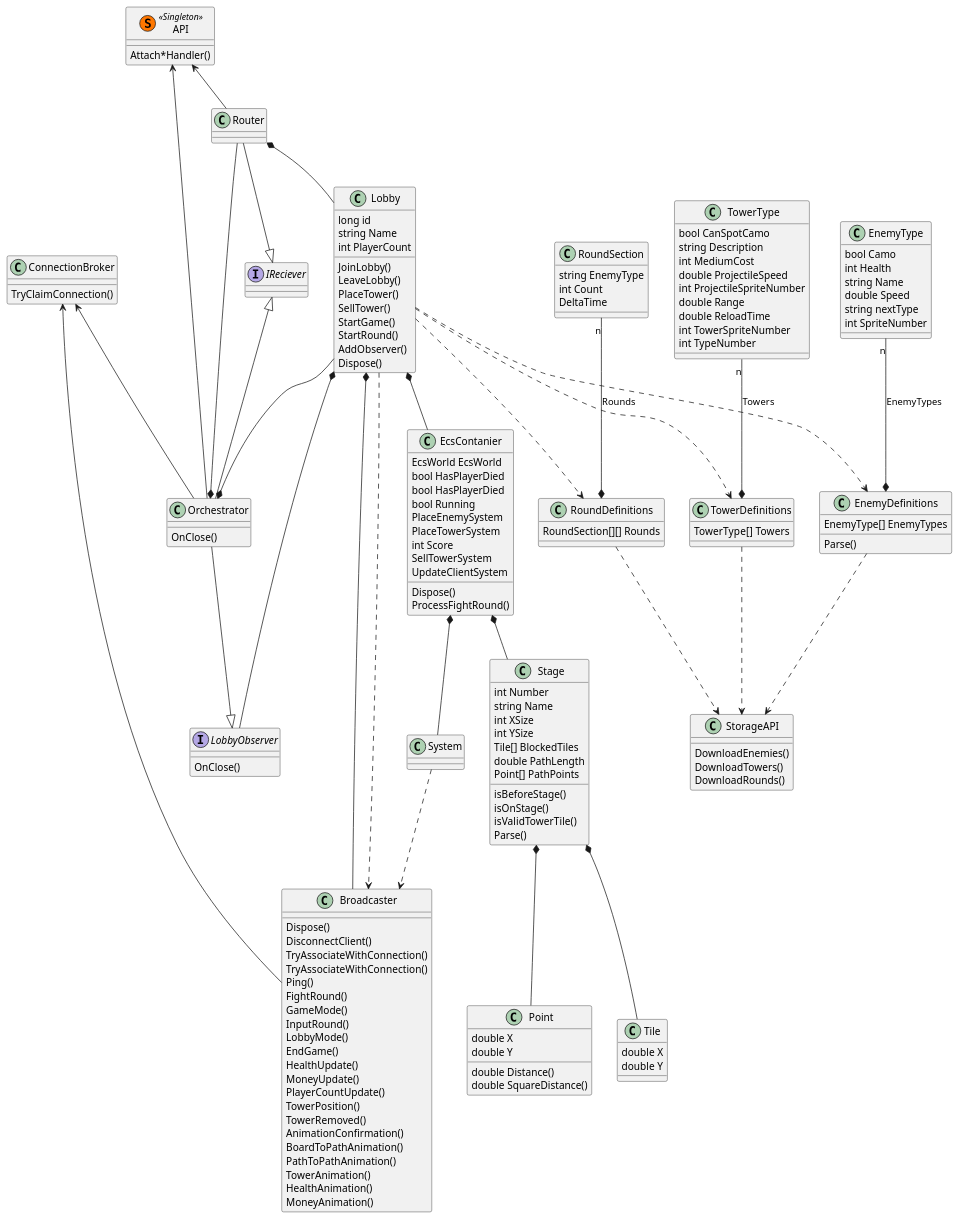
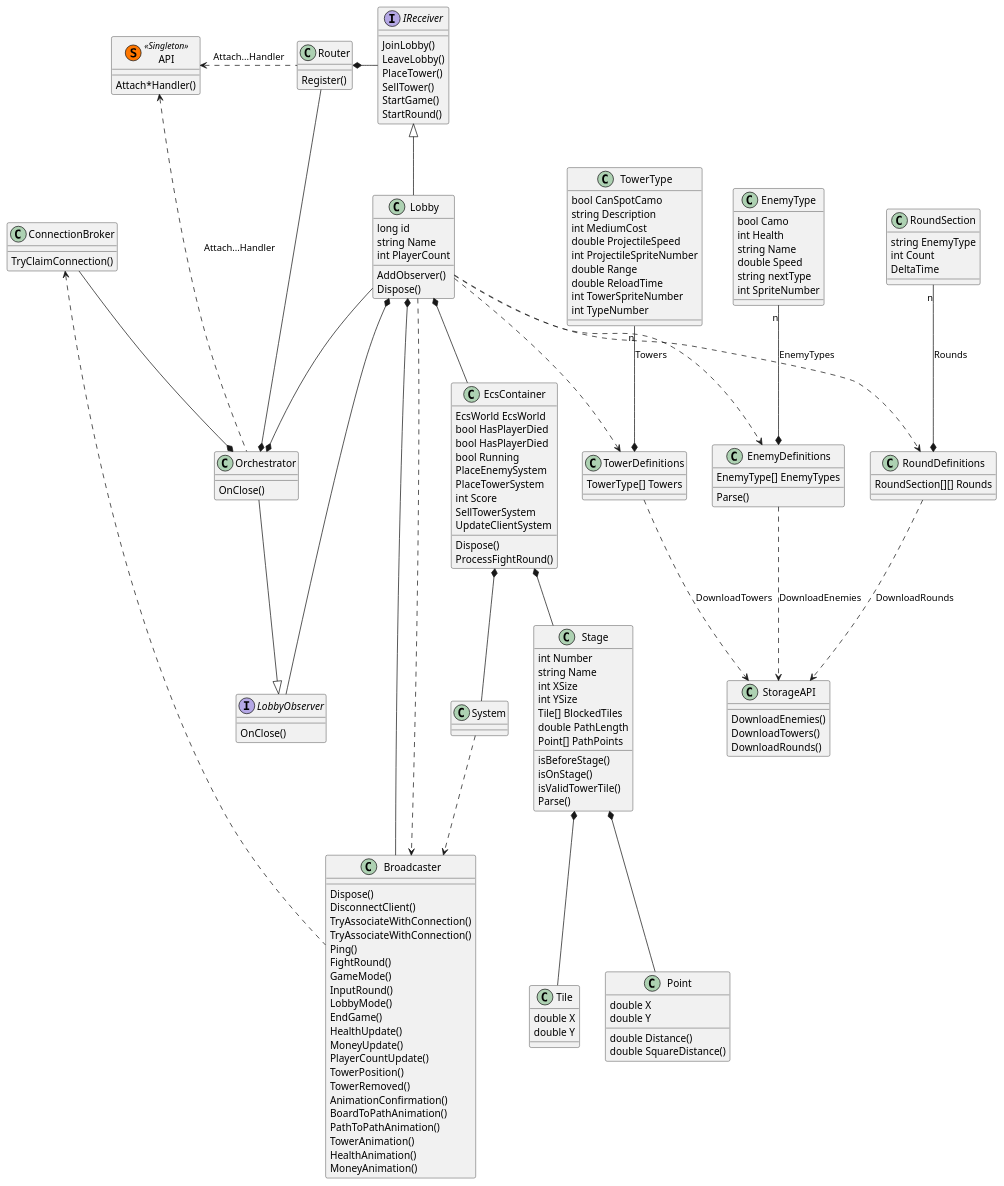
One commit to SWA-group-1/PlantUML changed the diagram in Logical/Backend/Backend.puml. Above: the diagram before and after it, drawn with PlantUML. The commit also changed 1 other file, not shown here.

Commit message:
update backend class diagram

```diff
--- a/Logical/Backend/Backend.puml
+++ b/Logical/Backend/Backend.puml
@@ -1,195 +1,196 @@
 @startuml
 'https://plantuml.com/class-diagram
 
 class API<< (S,#FF7700) Singleton >>{
 Attach*Handler()
 }
 
 class ConnectionBroker{
 TryClaimConnection()
 }
 
 class EnemyType {
 bool Camo
 int Health
 string Name
 double Speed
 string nextType
 int SpriteNumber
 }
 
 class RoundSection {
 string EnemyType
 int Count
 DeltaTime
 }
 
 class EnemyDefinitions{
 EnemyType[] EnemyTypes
 Parse()
 }
 
 class TowerType{
 bool CanSpotCamo
 string Description
 int MediumCost
 double ProjectileSpeed
 int ProjectileSpriteNumber
 double Range
 double ReloadTime
 int TowerSpriteNumber
 int TypeNumber
 }
 
 class RoundDefinitions {
 RoundSection[][] Rounds
 }
 
 class TowerDefinitions{
 TowerType[] Towers
 }
 
 class StorageAPI{
 DownloadEnemies()
 DownloadTowers()
 DownloadRounds()
 }
 
 class Router {
-
+Register()
 }
 
 class Orchestrator {
 OnClose()
 }
 
 interface LobbyObserver{
 OnClose()
 }
 
 class Lobby{
 long id
 string Name
 int PlayerCount
-JoinLobby()
-LeaveLobby()
-PlaceTower()
-SellTower()
-StartGame()
-StartRound()
 AddObserver()
 Dispose()
 }
 
-class EcsContanier{
+class EcsContainer{
 EcsWorld EcsWorld
 bool HasPlayerDied
 bool HasPlayerDied
 bool Running
 PlaceEnemySystem
 PlaceTowerSystem
 int Score
 SellTowerSystem
 UpdateClientSystem
 Dispose()
 ProcessFightRound()
 }
 
 class System{
 
 }
 
 class Stage{
 int Number
 string Name
 int XSize
 int YSize
 Tile[] BlockedTiles
 double PathLength
 Point[] PathPoints
 isBeforeStage()
 isOnStage()
 isValidTowerTile()
 Parse()
 }
 
 class Point{
 double X
 double Y
 double Distance()
 double SquareDistance()
 }
 
 class Tile{
 double X
 double Y
 }
 
 class Broadcaster{
 Dispose()
 DisconnectClient()
 TryAssociateWithConnection()
 TryAssociateWithConnection()
 Ping()
 FightRound()
 GameMode()
 InputRound()
 LobbyMode()
 EndGame()
 HealthUpdate()
 MoneyUpdate()
 PlayerCountUpdate()
 TowerPosition()
 TowerRemoved()
 AnimationConfirmation()
 BoardToPathAnimation()
 PathToPathAnimation()
 TowerAnimation()
 HealthAnimation()
 MoneyAnimation()
 }
 
-interface IReciever
+interface IReceiver{
+JoinLobby()
+LeaveLobby()
+PlaceTower()
+SellTower()
+StartGame()
+StartRound()
+}
 
-API <-- Router
-API <-- Orchestrator
+API <.. Orchestrator: Attach...Handler
+API <.right. Router : Attach...Handler
 
-ConnectionBroker <-- Broadcaster
-ConnectionBroker <-- Orchestrator
 
-IReciever <|-up- Router
-IReciever <|-- Orchestrator
+ConnectionBroker <.. Broadcaster
+ConnectionBroker --* Orchestrator
 
-Router *-- Lobby
+IReceiver <|-- Lobby
+
+Router *-right- IReceiver
 Router --* Orchestrator
 
-Lobby *-- EcsContanier
+Lobby *-- EcsContainer
 Lobby *-- Broadcaster
 Lobby --* Orchestrator
 
-EcsContanier *-- Stage
+EcsContainer *-- Stage
 
-EcsContanier *-- System
+EcsContainer *-- System
 
 EnemyType "n" --* EnemyDefinitions : "EnemyTypes"
 RoundSection "n" --* RoundDefinitions : "Rounds"
 TowerType "n" --* TowerDefinitions : "Towers"
 
 Lobby ..> TowerDefinitions
 Lobby ..> RoundDefinitions
 Lobby ..> EnemyDefinitions
 
 Lobby ..> Broadcaster
 System ..> Broadcaster
 
-StorageAPI <.up. TowerDefinitions
-StorageAPI <.up. RoundDefinitions
-StorageAPI <.up. EnemyDefinitions
+StorageAPI <.up. TowerDefinitions : DownloadTowers
+StorageAPI <.up. RoundDefinitions : DownloadRounds
+StorageAPI <.up. EnemyDefinitions : DownloadEnemies
 
 Stage *-- Point
 Stage *-- Tile
 
 Lobby *-- LobbyObserver
 LobbyObserver <|-up- Orchestrator
 
 @enduml
```
